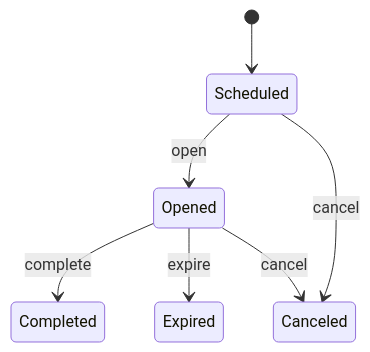
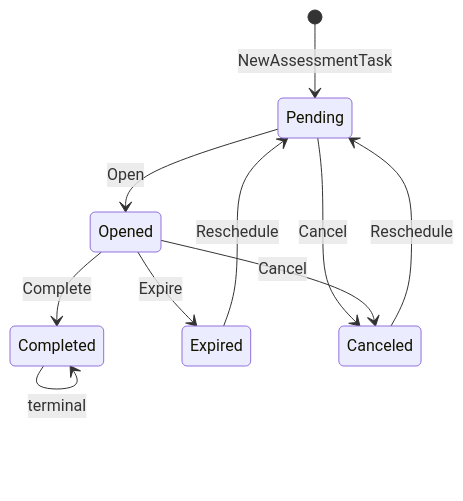
Before and after one commit to FangcunMount/qs-server: the second of 3 diagrams in docs/02-业务模块/plan/01-计划任务状态机.md, drawn with Mermaid. The commit also changed other lines of this file and 5 other files, not shown here.

````diff
--- a/docs/02-业务模块/plan/01-计划任务状态机.md
+++ b/docs/02-业务模块/plan/01-计划任务状态机.md
@@ -21,9 +204,12 @@
 ```mermaid
 stateDiagram-v2
-    [*] --> Scheduled
-    Scheduled --> Opened: open
-    Opened --> Completed: complete
-    Opened --> Expired: expire
-    Opened --> Canceled: cancel
-    Scheduled --> Canceled: cancel
+    [*] --> Pending: NewAssessmentTask
+    Pending --> Opened: Open
+    Opened --> Completed: Complete
+    Opened --> Expired: Expire
+    Pending --> Canceled: Cancel
+    Opened --> Canceled: Cancel
+    Expired --> Pending: Reschedule
+    Canceled --> Pending: Reschedule
+    Completed --> Completed: terminal
 ```
````
